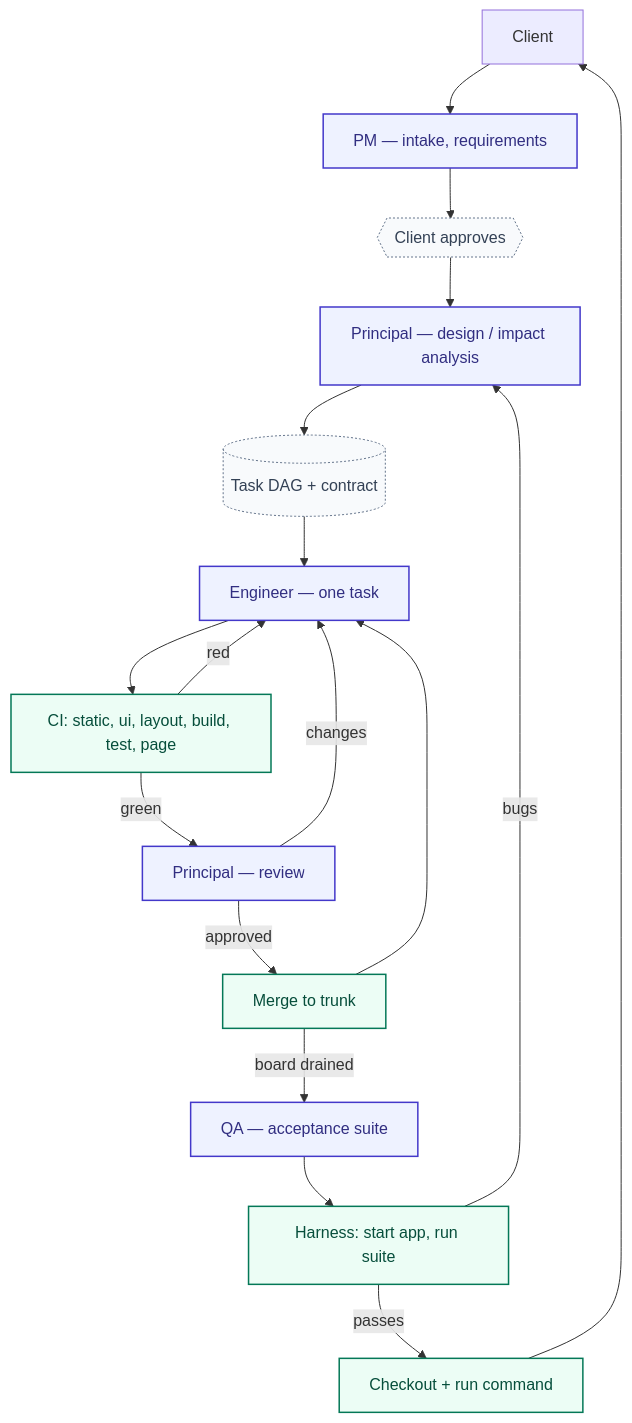
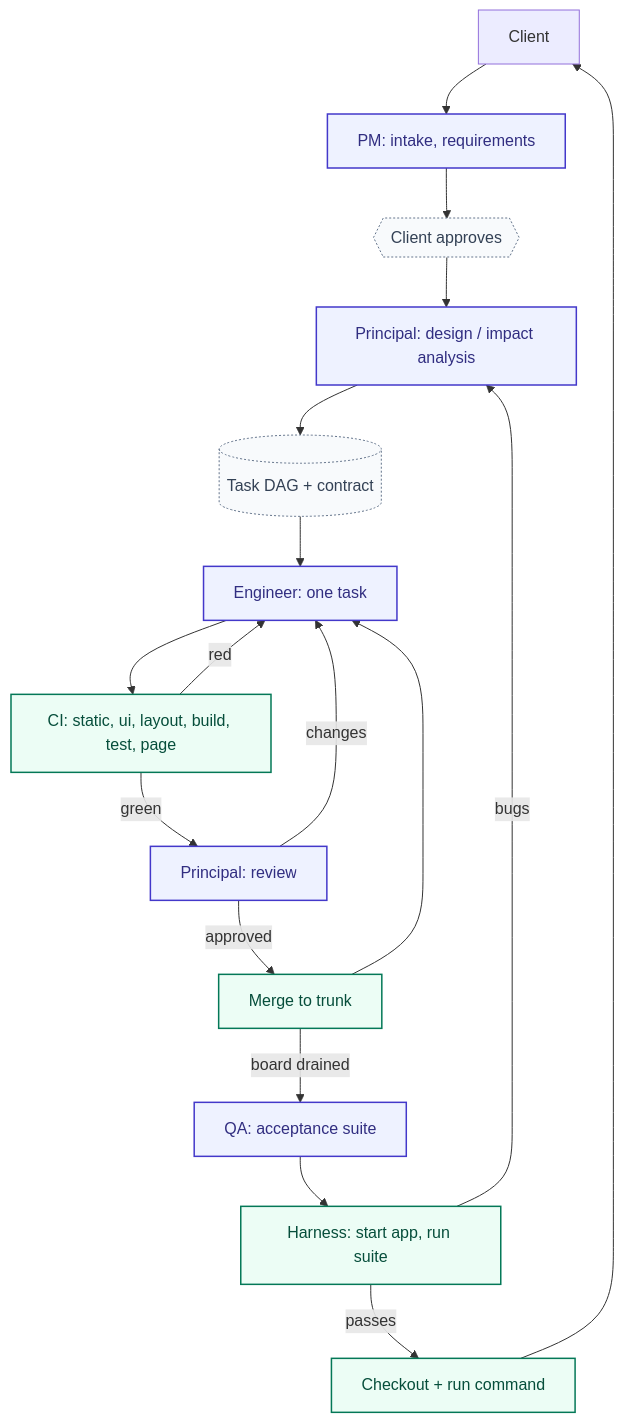
One commit to rachiet/forge changed the first of 2 diagrams in ARCHITECTURE.md. Above: the diagram before and after it, drawn with Mermaid. The commit also changed other lines of this file and 9 other files, not shown here.

````diff
--- a/ARCHITECTURE.md
+++ b/ARCHITECTURE.md
@@ -28,28 +28,28 @@
 ```mermaid
 flowchart TD
     classDef agent fill:#eef2ff,stroke:#4338ca,stroke-width:1.5px,color:#312e81
     classDef harness fill:#ecfdf5,stroke:#047857,stroke-width:1.5px,color:#064e3b
     classDef store fill:#f8fafc,stroke:#64748b,stroke-width:1px,color:#334155,stroke-dasharray: 2 2
 
     CLIENT["Client"]
-    PM["PM — intake, requirements"]:::agent
+    PM["PM: intake, requirements"]:::agent
     APPROVE{{"Client approves"}}:::store
-    DESIGN["Principal — design / impact analysis"]:::agent
+    DESIGN["Principal: design / impact analysis"]:::agent
     DAG[("Task DAG + contract")]:::store
-    ENG["Engineer — one task"]:::agent
+    ENG["Engineer: one task"]:::agent
     CI["CI: static, ui, layout, build, test, page"]:::harness
-    REV["Principal — review"]:::agent
+    REV["Principal: review"]:::agent
     MERGE["Merge to trunk"]:::harness
-    QA["QA — acceptance suite"]:::agent
+    QA["QA: acceptance suite"]:::agent
     RUN["Harness: start app, run suite"]:::harness
     DELIVER["Checkout + run command"]:::harness
 
     CLIENT --> PM --> APPROVE --> DESIGN --> DAG --> ENG --> CI
     CI -->|red| ENG
     CI -->|green| REV
     REV -->|changes| ENG
     REV -->|approved| MERGE --> ENG
     MERGE -->|board drained| QA --> RUN
     RUN -->|bugs| DESIGN
     RUN -->|passes| DELIVER --> CLIENT
 ```
````
